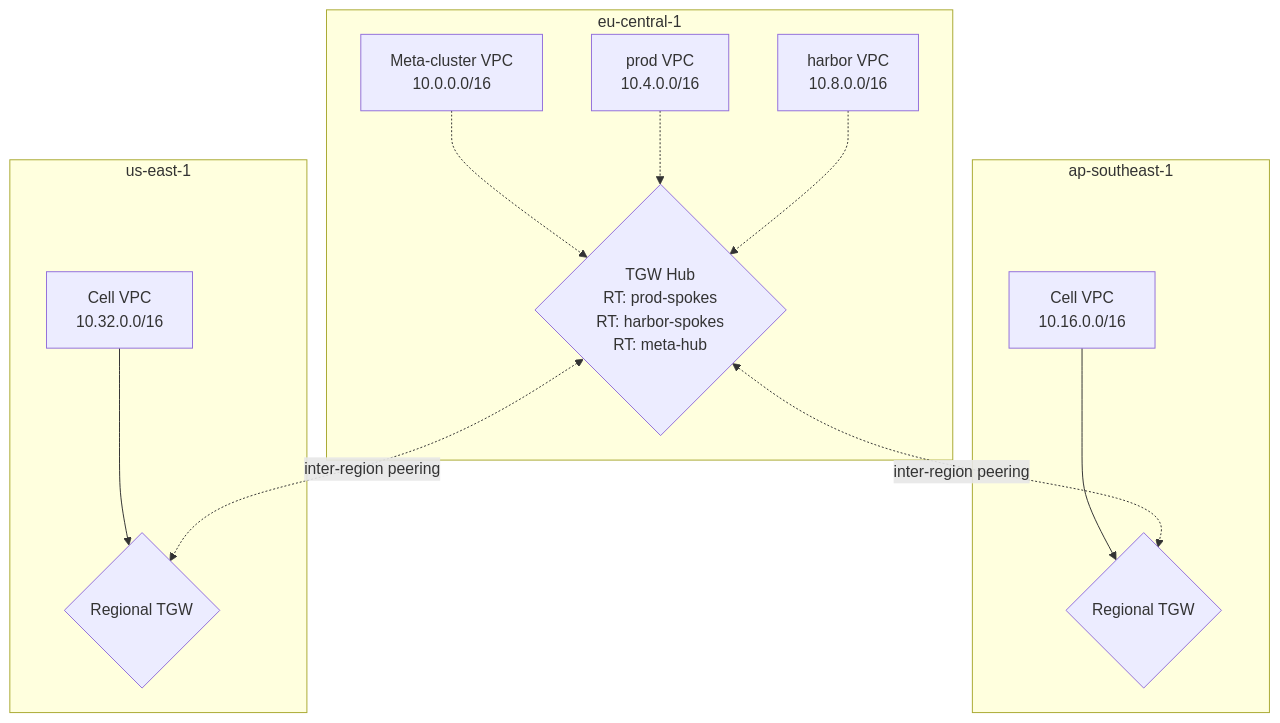
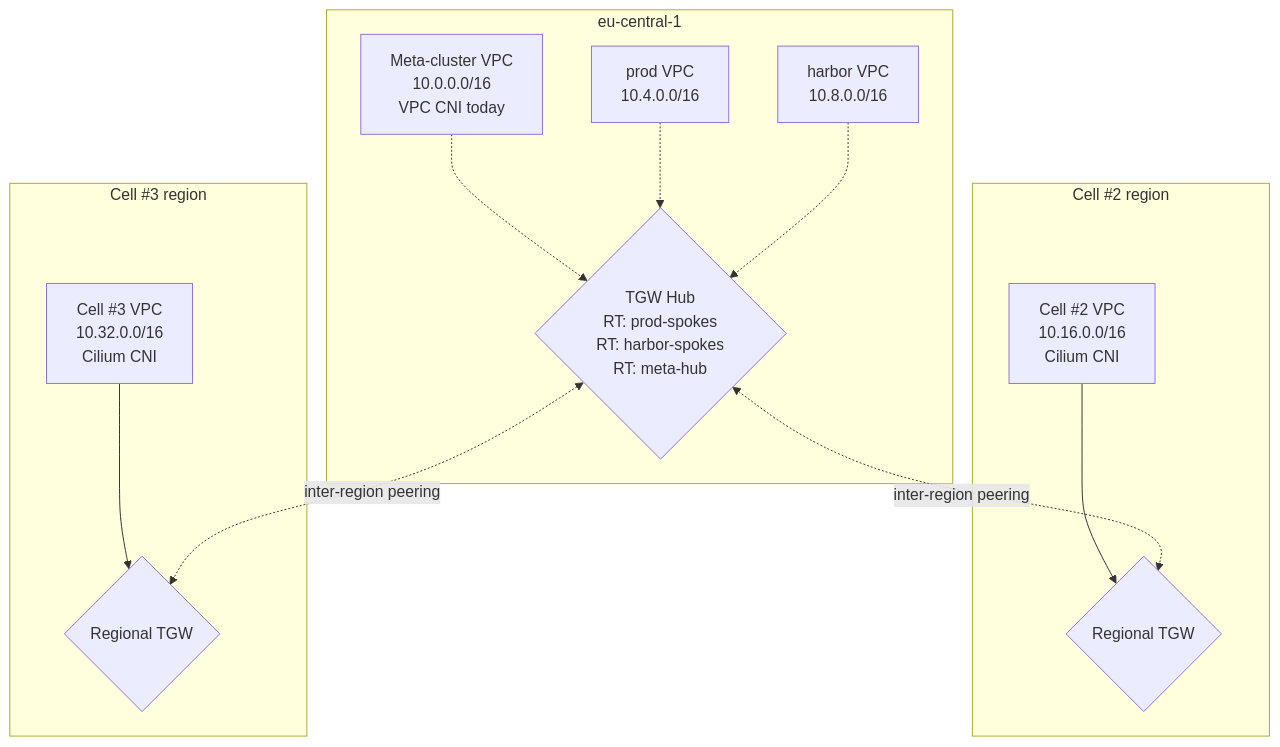
Before and after one commit to sei-protocol/sei-internal-skills: the third of 3 diagrams in design/high-level/meta-cluster-architecture.md, drawn with Mermaid. The commit also changed other lines of this file, not shown here.

First line of the commit message:
docs(design/high-level): revision 2 — CAPI replaces Auto Mode; Path A for templating; Cilium on new cells

````diff
--- a/design/high-level/meta-cluster-architecture.md
+++ b/design/high-level/meta-cluster-architecture.md
@@ -122,27 +141,27 @@
 ```mermaid
 graph TB
     subgraph Hub[eu-central-1]
-        MetaVPC[Meta-cluster VPC<br/>10.0.0.0/16]
+        MetaVPC[Meta-cluster VPC<br/>10.0.0.0/16<br/>VPC CNI today]
         TGW{TGW Hub<br/>RT: prod-spokes<br/>RT: harbor-spokes<br/>RT: meta-hub}
         ProdVPC[prod VPC<br/>10.4.0.0/16]
         HarborVPC[harbor VPC<br/>10.8.0.0/16]
         MetaVPC -.->TGW
         ProdVPC -.->TGW
         HarborVPC -.->TGW
     end
 
-    subgraph Cell1[ap-southeast-1]
-        Cell1VPC[Cell VPC<br/>10.16.0.0/16]
-        Cell1TGW{Regional TGW}
-        Cell1VPC --> Cell1TGW
-    end
-
-    subgraph Cell2[us-east-1]
-        Cell2VPC[Cell VPC<br/>10.32.0.0/16]
+    subgraph CellRegion1[Cell #2 region]
+        Cell2VPC[Cell #2 VPC<br/>10.16.0.0/16<br/>Cilium CNI]
         Cell2TGW{Regional TGW}
         Cell2VPC --> Cell2TGW
     end
 
-    TGW <-.inter-region peering.-> Cell1TGW
+    subgraph CellRegion2[Cell #3 region]
+        Cell3VPC[Cell #3 VPC<br/>10.32.0.0/16<br/>Cilium CNI]
+        Cell3TGW{Regional TGW}
+        Cell3VPC --> Cell3TGW
+    end
+
     TGW <-.inter-region peering.-> Cell2TGW
+    TGW <-.inter-region peering.-> Cell3TGW
 ```
````
